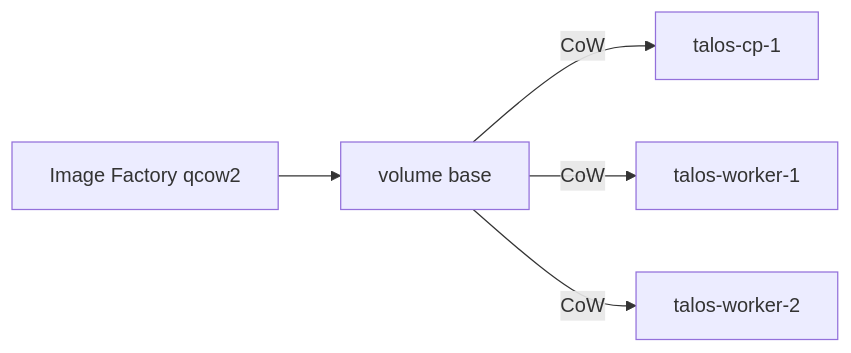
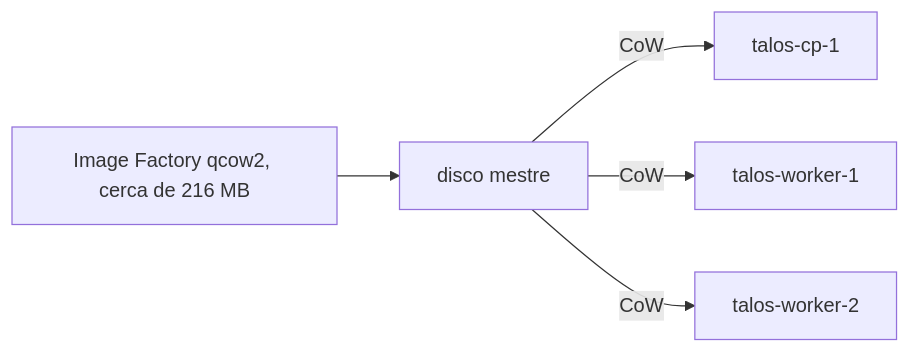
The fifth of 6 diagrams in terraform/infra/README.md (heitorfreitasferreira/k8s-gitops-platform), drawn with Mermaid before and after one commit. The commit also changed other lines of this file, not shown here.

````diff
--- a/terraform/infra/README.md
+++ b/terraform/infra/README.md
@@ -26,7 +105,7 @@
 ```mermaid
 flowchart LR
-  factory["Image Factory qcow2"] --> base["volume base"]
+  factory["Image Factory qcow2, cerca de 216 MB"] --> base["disco mestre"]
   base -->|CoW| cp["talos-cp-1"]
   base -->|CoW| w1["talos-worker-1"]
   base -->|CoW| w2["talos-worker-2"]
 ```
````
